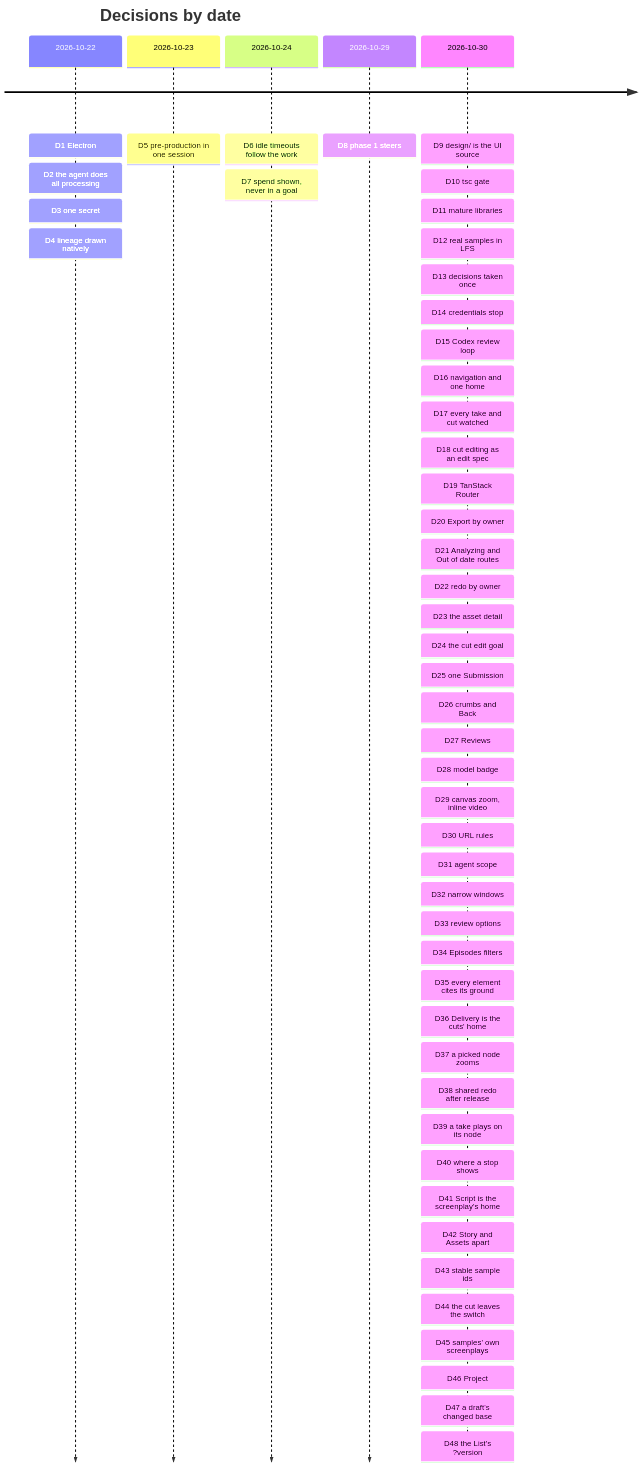
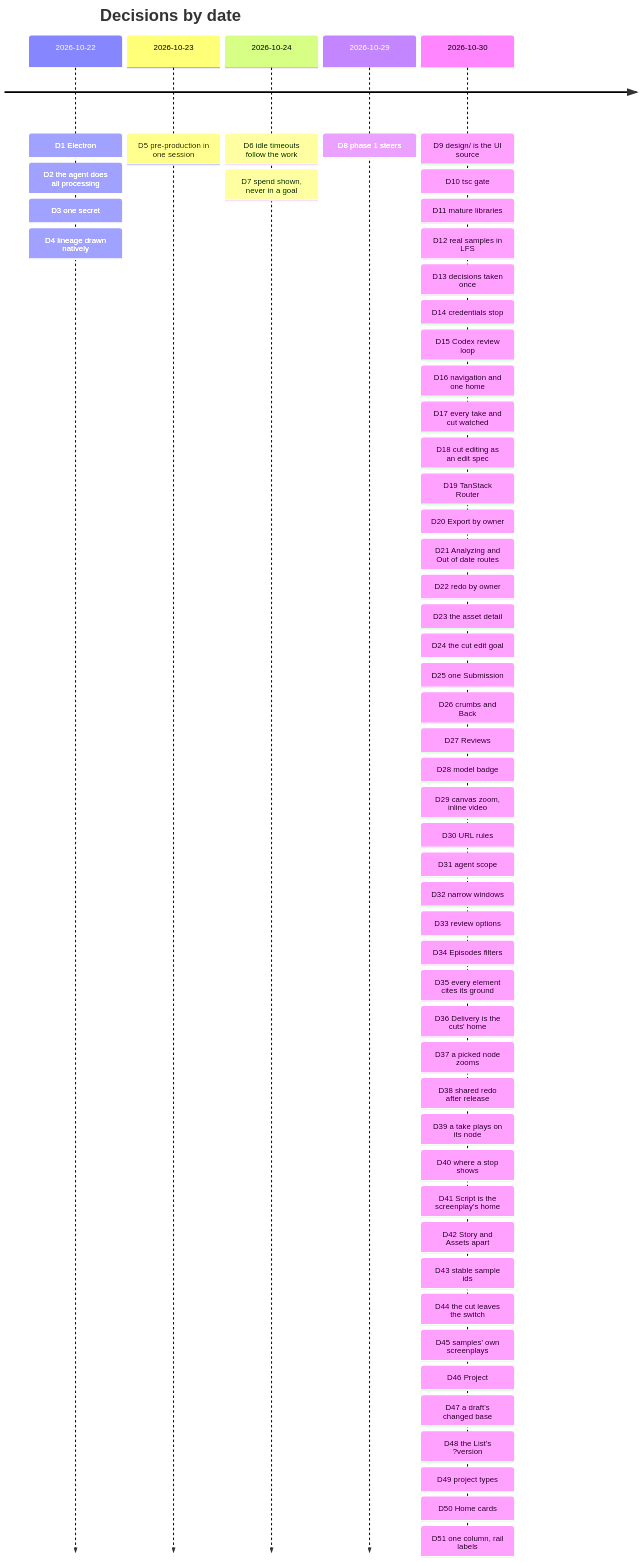
Before and after one commit to PineComputer/open-pinedrama: the diagram in docs/decisions.md, drawn with Mermaid. The commit also changed other lines of this file and 1 other file, not shown here.

Commit message:
docs: D49 a project's type is Drama, the only one; D50 Home cards; D51 one column on Home, the rail's labels

````diff
--- a/docs/decisions.md
+++ b/docs/decisions.md
@@ -18,9 +18,9 @@
 ```mermaid
 timeline
   title Decisions by date
   2026-10-22 : D1 Electron : D2 the agent does all processing : D3 one secret : D4 lineage drawn natively
   2026-10-23 : D5 pre-production in one session
   2026-10-24 : D6 idle timeouts follow the work : D7 spend shown, never in a goal
   2026-10-29 : D8 phase 1 steers
-  2026-10-30 : D9 design/ is the UI source : D10 tsc gate : D11 mature libraries : D12 real samples in LFS : D13 decisions taken once : D14 credentials stop : D15 Codex review loop : D16 navigation and one home : D17 every take and cut watched : D18 cut editing as an edit spec : D19 TanStack Router : D20 Export by owner : D21 Analyzing and Out of date routes : D22 redo by owner : D23 the asset detail : D24 the cut edit goal : D25 one Submission : D26 crumbs and Back : D27 Reviews : D28 model badge : D29 canvas zoom, inline video : D30 URL rules : D31 agent scope : D32 narrow windows : D33 review options : D34 Episodes filters : D35 every element cites its ground : D36 Delivery is the cuts' home : D37 a picked node zooms : D38 shared redo after release : D39 a take plays on its node : D40 where a stop shows : D41 Script is the screenplay's home : D42 Story and Assets apart : D43 stable sample ids : D44 the cut leaves the switch : D45 samples' own screenplays : D46 Project : D47 a draft's changed base : D48 the List's ?version
+  2026-10-30 : D9 design/ is the UI source : D10 tsc gate : D11 mature libraries : D12 real samples in LFS : D13 decisions taken once : D14 credentials stop : D15 Codex review loop : D16 navigation and one home : D17 every take and cut watched : D18 cut editing as an edit spec : D19 TanStack Router : D20 Export by owner : D21 Analyzing and Out of date routes : D22 redo by owner : D23 the asset detail : D24 the cut edit goal : D25 one Submission : D26 crumbs and Back : D27 Reviews : D28 model badge : D29 canvas zoom, inline video : D30 URL rules : D31 agent scope : D32 narrow windows : D33 review options : D34 Episodes filters : D35 every element cites its ground : D36 Delivery is the cuts' home : D37 a picked node zooms : D38 shared redo after release : D39 a take plays on its node : D40 where a stop shows : D41 Script is the screenplay's home : D42 Story and Assets apart : D43 stable sample ids : D44 the cut leaves the switch : D45 samples' own screenplays : D46 Project : D47 a draft's changed base : D48 the List's ?version : D49 project types : D50 Home cards : D51 one column, rail labels
 ```
````
